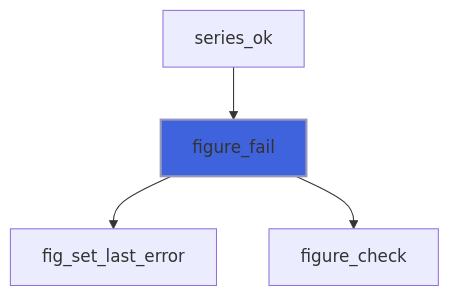
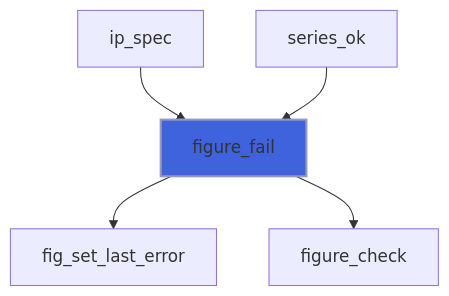
One commit to szaghi/figure changed the third of 5 diagrams in docs/api/src/lib/figure_base.md. Above: the diagram before and after it, drawn with Mermaid. The commit also changed other lines of this file and 17 other files, not shown here.

````diff
--- a/docs/api/src/lib/figure_base.md
+++ b/docs/api/src/lib/figure_base.md
@@ -79,7 +88,8 @@
 ```mermaid
 flowchart TD
+  ip_spec["ip_spec"] --> figure_fail["figure_fail"]
   series_ok["series_ok"] --> figure_fail["figure_fail"]
   figure_fail["figure_fail"] --> fig_set_last_error["fig_set_last_error"]
   figure_fail["figure_fail"] --> figure_check["figure_check"]
   style figure_fail fill:#3e63dd,stroke:#99b,stroke-width:2px
 ```
````
